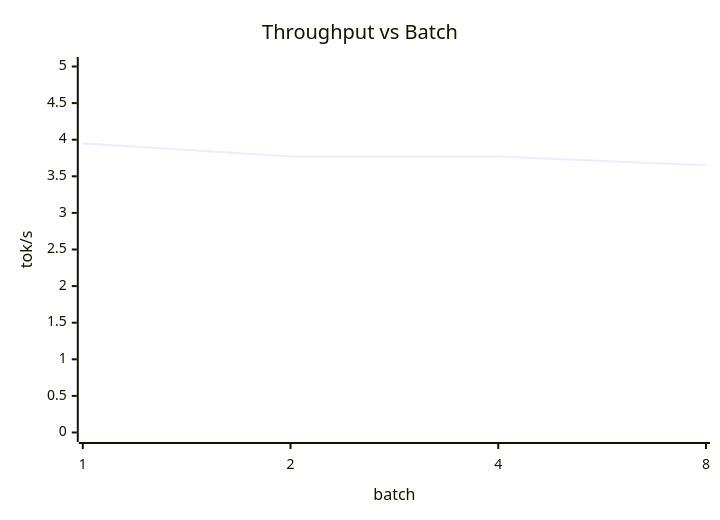
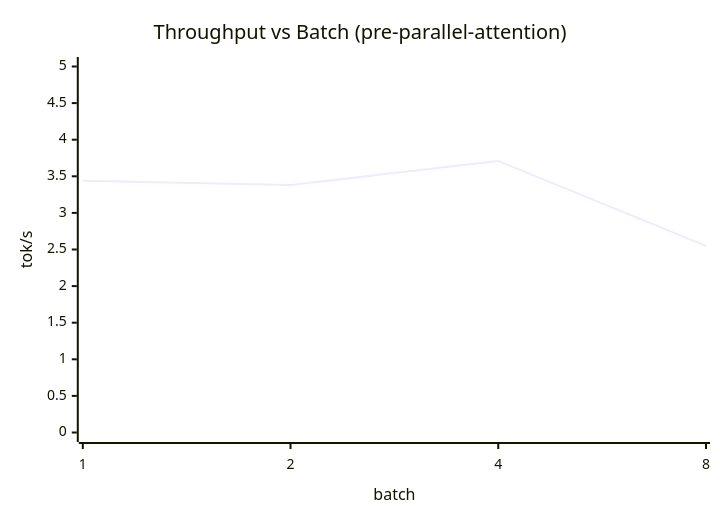
The diagram in README.md (Rohanr14/Paged-Infer), drawn with Mermaid before and after one commit. The commit also changed other lines of this file and 1 other file, not shown here.

First line of the commit message:
Parallelize attention across heads and update README with real benchmarks

````diff
--- a/README.md
+++ b/README.md
@@ -234,7 +264,7 @@
 ```mermaid
 xychart-beta
-    title "Throughput vs Batch"
+    title "Throughput vs Batch (pre-parallel-attention)"
     x-axis "batch" [1, 2, 4, 8]
     y-axis "tok/s" 0 --> 5
-    line [3.95, 3.77, 3.77, 3.65]
+    line [3.44, 3.38, 3.71, 2.55]
 ```
````
